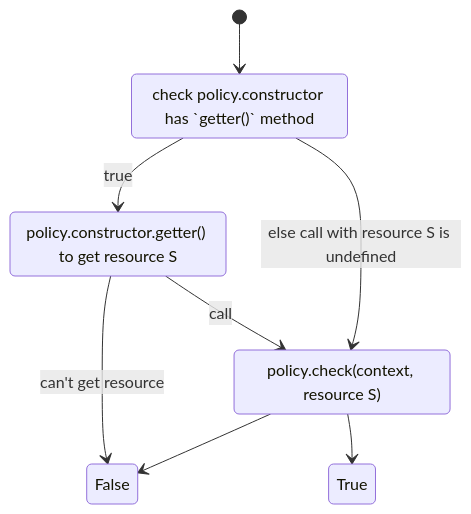
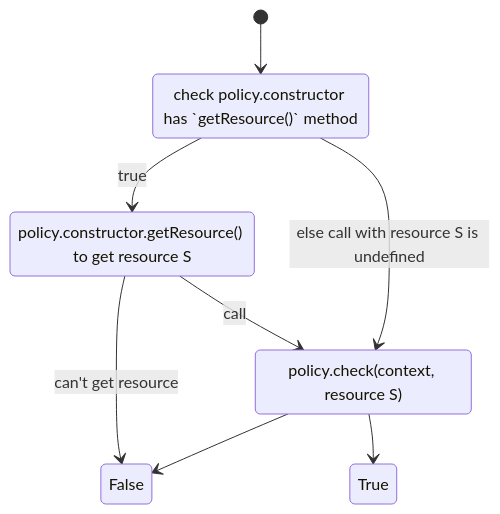
One commit to RoxaVN/roxavn changed the diagram in docs/vi/04 - Authorization.md. Above: the diagram before and after it, drawn with Mermaid. The commit also changed other lines of this file, not shown here.

Commit message:
docs: convert getter() to getResource()

````diff
--- a/docs/vi/04 - Authorization.md
+++ b/docs/vi/04 - Authorization.md
@@ -67,14 +67,14 @@
 ```mermaid
 stateDiagram-v2
-    state "check policy.constructor has `getter()` method" as checkGetter    
-    state "policy.constructor.getter() to get resource S" as getter
+    state "check policy.constructor has `getResource()` method" as checkGetter    
+    state "policy.constructor.getResource() to get resource S" as getResource
     state "policy.check(context, resource S)" as check
 
     [*] --> checkGetter 
-    checkGetter --> getter: true
-    getter --> False: can't get resource
-    getter --> check: call
+    checkGetter --> getResource: true
+    getResource --> False: can't get resource
+    getResource --> check: call
     checkGetter --> check: else call with resource S is undefined
     check --> True
     check --> False
 ```
````
